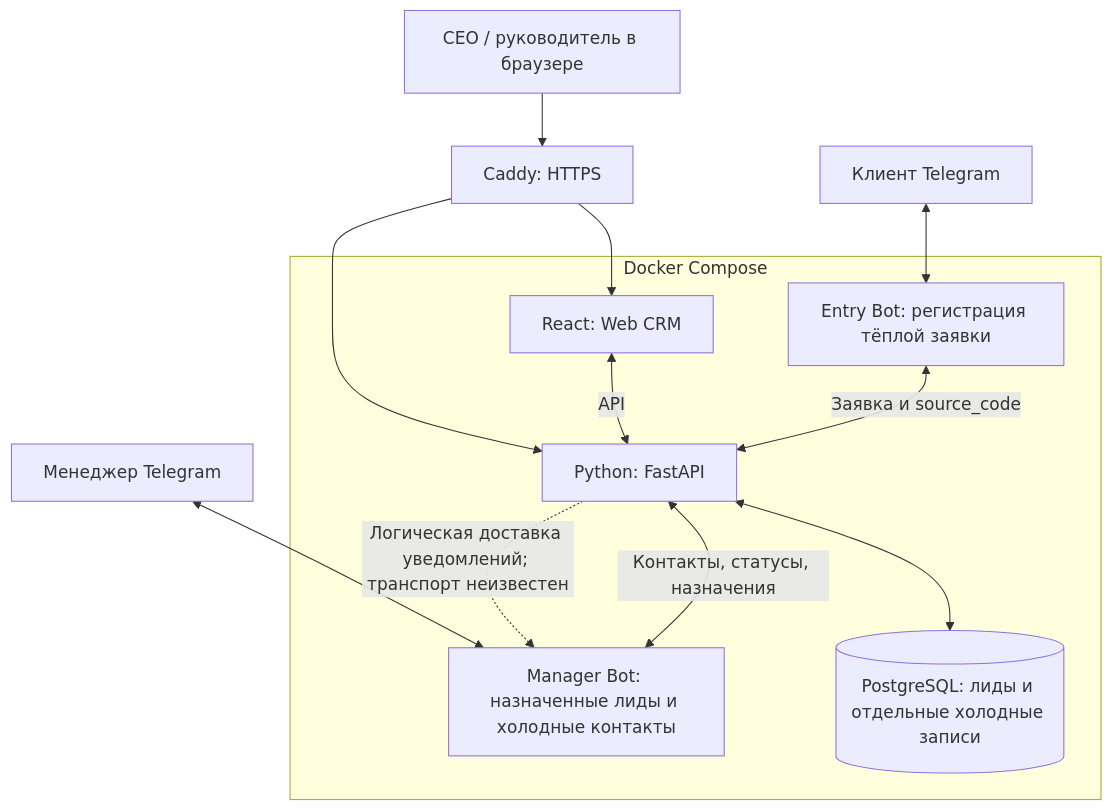
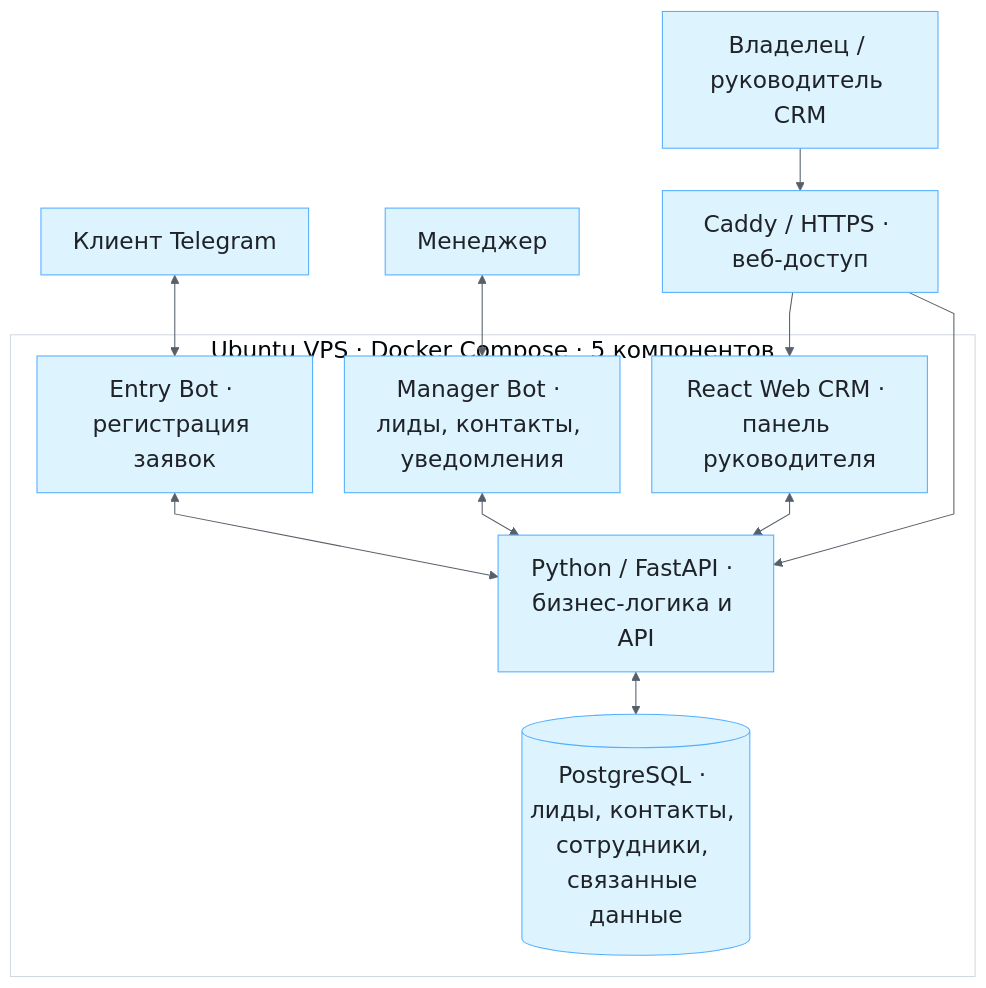
Before and after one commit to EugeneCodeCeo/learn-and-earn-case-studies: the diagram in crm/architecture/components.mmd, drawn with Mermaid. The commit also changed 4 other files, not shown here.

Commit message:
docs: redesign CRM case study and architecture

```diff
--- a/crm/architecture/components.mmd
+++ b/crm/architecture/components.mmd
@@ -1,18 +1,15 @@
+%%{init: {"theme":"base","themeVariables":{"fontFamily":"Segoe UI, Arial, sans-serif","fontSize":"22px","primaryColor":"#ddf4ff","primaryTextColor":"#1f2328","primaryBorderColor":"#54aeff","lineColor":"#57606a","clusterBkg":"#ffffff","clusterBorder":"#d1d9e0","edgeLabelBackground":"#f6f8fa"},"flowchart":{"htmlLabels":false,"curve":"linear","nodeSpacing":30,"rankSpacing":40}}}%%
 flowchart TB
-    Client["Клиент Telegram"] <--> Entry["Entry Bot: регистрация тёплой заявки"]
-    Employee["Менеджер Telegram"] <--> Manager["Manager Bot: назначенные лиды и холодные контакты"]
-    Browser["CEO / руководитель в браузере"] --> Caddy["Caddy: HTTPS"]
-    Caddy --> Web["React: Web CRM"]
-    Caddy --> Backend["Python: FastAPI"]
-    Web <-->|"API"| Backend
-    Entry <-->|"Заявка и source_code"| Backend
-    Manager <-->|"Контакты, статусы, назначения"| Backend
-    Backend <--> DB[("PostgreSQL: лиды и отдельные холодные записи")]
-    Backend -.->|"Логическая доставка уведомлений; транспорт неизвестен"| Manager
-    subgraph Deploy["Docker Compose"]
-      Web
-      Backend
-      DB
-      Entry
-      Manager
+    Client["Клиент Telegram"] <--> Entry
+    Employee["Менеджер"] <--> Manager
+    Owner["Владелец / руководитель CRM"] --> Caddy["Caddy / HTTPS · веб-доступ"]
+    Caddy --> Web
+    Caddy --> Backend
+    subgraph Deploy["Ubuntu VPS · Docker Compose · 5 компонентов"]
+        Entry["Entry Bot · регистрация заявок"] <--> Backend
+        Manager["Manager Bot · лиды, контакты, уведомления"] <--> Backend
+        Web["React Web CRM · панель руководителя"] <--> Backend
+        Backend["Python / FastAPI · бизнес-логика и API"] <--> DB[("PostgreSQL · лиды, контакты, сотрудники, связанные данные")]
     end
+    %% Логическая архитектура: точные URL, auth и транспорт уведомлений не реконструируются.
+    %% Caddy показан как слой веб-доступа, не как бизнес-сервис или дополнительный контейнер Compose.
```
